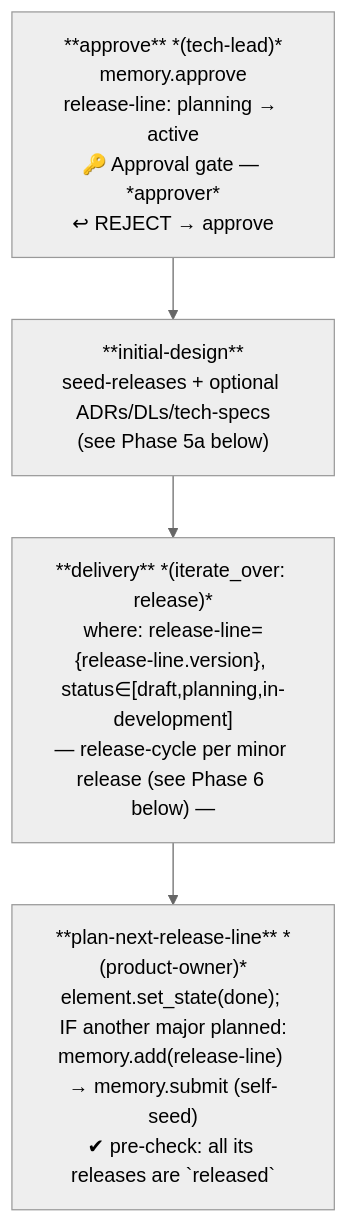
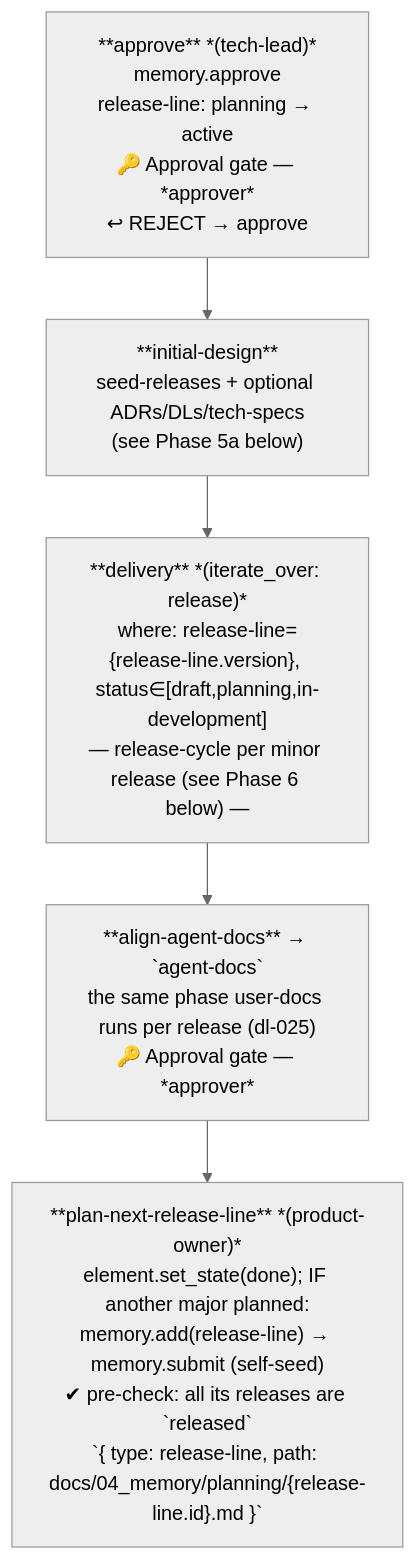
The sixth of 24 diagrams in .wingfoil/WORKFLOW.md (wingfoil/wingfoil), drawn with Mermaid (neutral theme) before and after one commit. The commit also changed other lines of this file and 18 other files, not shown here.

````diff
--- a/.wingfoil/WORKFLOW.md
+++ b/.wingfoil/WORKFLOW.md
@@ -127,9 +128,10 @@
 ```mermaid
 flowchart TD
     AP["**approve** *(tech-lead)*\nmemory.approve\nrelease-line: planning → active\n🔑 Approval gate — *approver*\n↩ REJECT → approve"]
     ID["**initial-design**\nseed-releases + optional ADRs/DLs/tech-specs\n(see Phase 5a below)"]
     DL["**delivery** *(iterate_over: release)*\nwhere: release-line={release-line.version}, status∈[draft,planning,in-development]\n— release-cycle per minor release (see Phase 6 below) —"]
-    PN["**plan-next-release-line** *(product-owner)*\nelement.set_state(done); IF another major planned:\nmemory.add(release-line) → memory.submit (self-seed)\n✔ pre-check: all its releases are `released`"]
+    AA2["**align-agent-docs** → `agent-docs`\nthe same phase user-docs runs per release (dl-025)\n🔑 Approval gate — *approver*"]
+    PN["**plan-next-release-line** *(product-owner)*\nelement.set_state(done); IF another major planned:\nmemory.add(release-line) → memory.submit (self-seed)\n✔ pre-check: all its releases are `released`\n`{ type: release-line, path: docs/04_memory/planning/{release-line.id}.md }`"]
 
-    AP --> ID --> DL --> PN
+    AP --> ID --> DL --> AA2 --> PN
 ```
````
